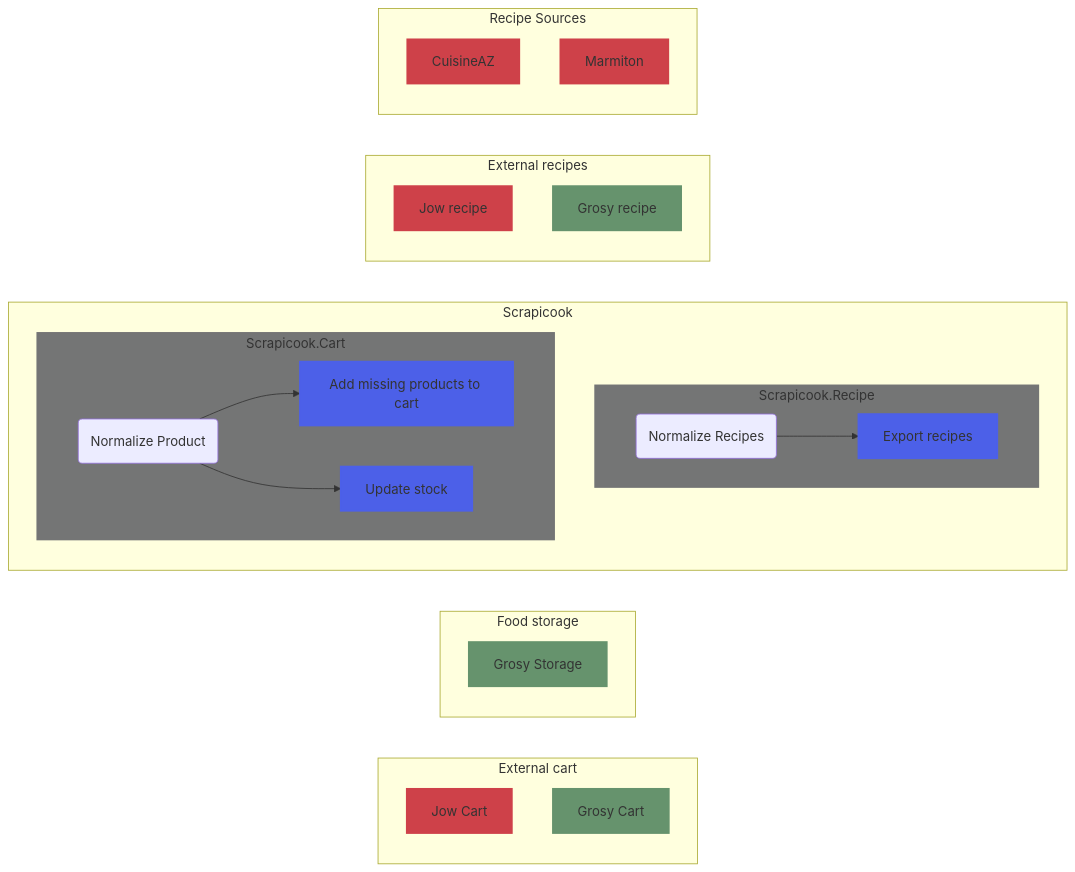
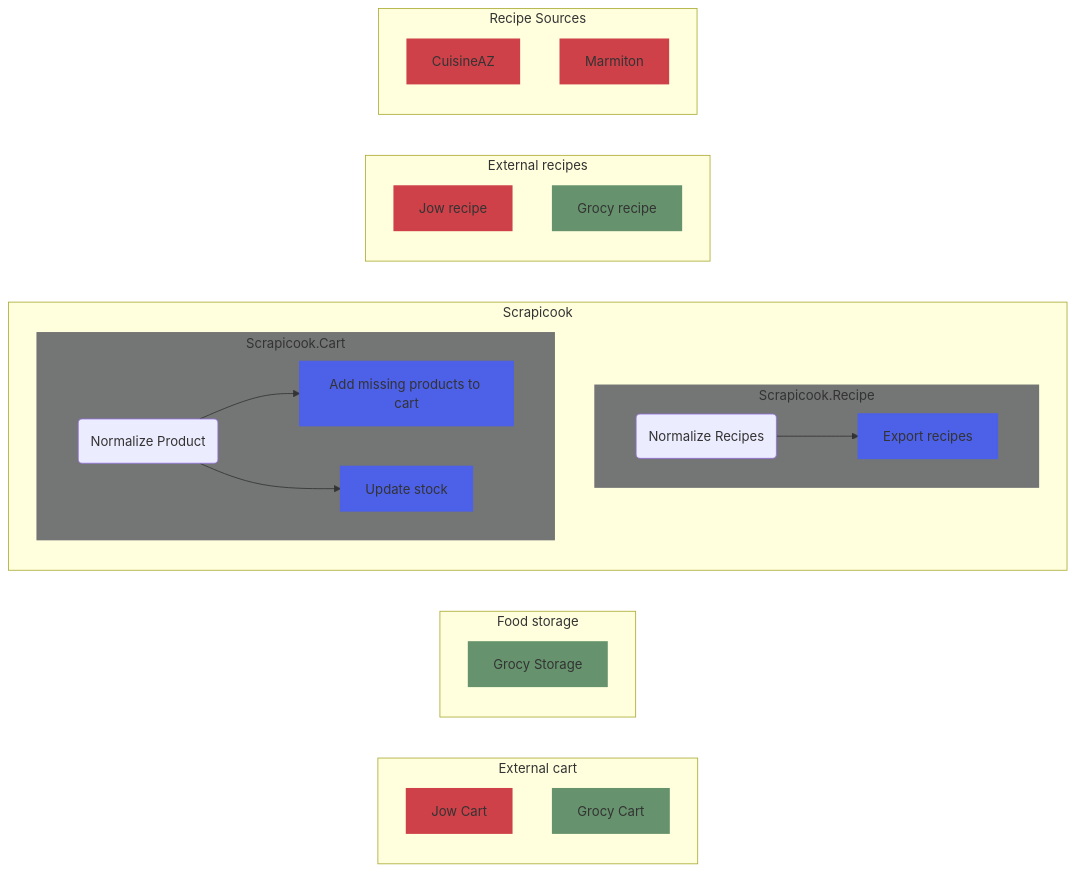
The first of 5 diagrams in readme.md (vincentbattez/Scrapicook), drawn with Mermaid before and after one commit. The commit also changed other lines of this file and 27 other files, not shown here.

````diff
--- a/readme.md
+++ b/readme.md
@@ -2,58 +42,58 @@
 ```mermaid
 graph LR
     %% colors
     style Scrapicook.Cart fill:#747575,stroke:#747575,stroke-width:2px
     style Scrapicook.Recipe fill:#747575,stroke:#747575,stroke-width:2px
 
     style ADD_CART fill:#4C60E8,stroke:#4C60E8,stroke-width:2px
     style EXPORT fill:#4C60E8,stroke:#4C60E8,stroke-width:2px
     style UPDATE fill:#4C60E8,stroke:#4C60E8,stroke-width:2px
     
     style JOW_CART fill:#CE4149,stroke:#CE4149,stroke-width:2px
     style JOW_RECIPE fill:#CE4149,stroke:#CE4149,stroke-width:2px
     
     style CAZ fill:#CE4149,stroke:#CE4149,stroke-width:2px
     style MAR fill:#CE4149,stroke:#CE4149,stroke-width:2px
     
     style GSY_CART fill:#66936D,stroke:#66936D,stroke-width:2px
     style GSY_STOCK fill:#66936D,stroke:#66936D,stroke-width:2px
     style GSY_RECIPE fill:#66936D,stroke:#66936D,stroke-width:2px
 
     %% subgraph
     
     subgraph External cart
-        GSY_CART[Grosy Cart]
+        GSY_CART[Grocy Cart]
         JOW_CART[Jow Cart]
     end
     subgraph Food storage
-        GSY_STOCK[Grosy Storage]
+        GSY_STOCK[Grocy Storage]
     end
 
     subgraph Scrapicook
         subgraph Scrapicook.Recipe
             NORMALIZE_RECIPE(Normalize Recipes)
             EXPORT[Export recipes]
         end
 
         subgraph Scrapicook.Cart
             NORMALIZE(Normalize Product)
             ADD_CART[Add missing products to cart]
             UPDATE[Update stock]
         end
     end
 
     subgraph External_recipe[External recipes]
-        GSY_RECIPE[Grosy recipe]
+        GSY_RECIPE[Grocy recipe]
         JOW_RECIPE[Jow recipe]
     end
 
 
     subgraph Recipe Sources
         CAZ[CuisineAZ]
         MAR[Marmiton]
     end
     
     NORMALIZE --> ADD_CART
     NORMALIZE --> UPDATE
     NORMALIZE_RECIPE --> EXPORT
 ```
````
